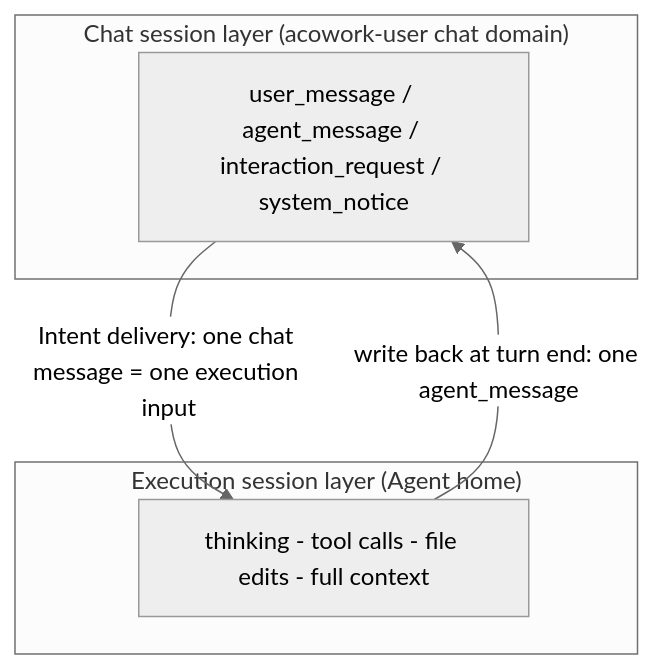
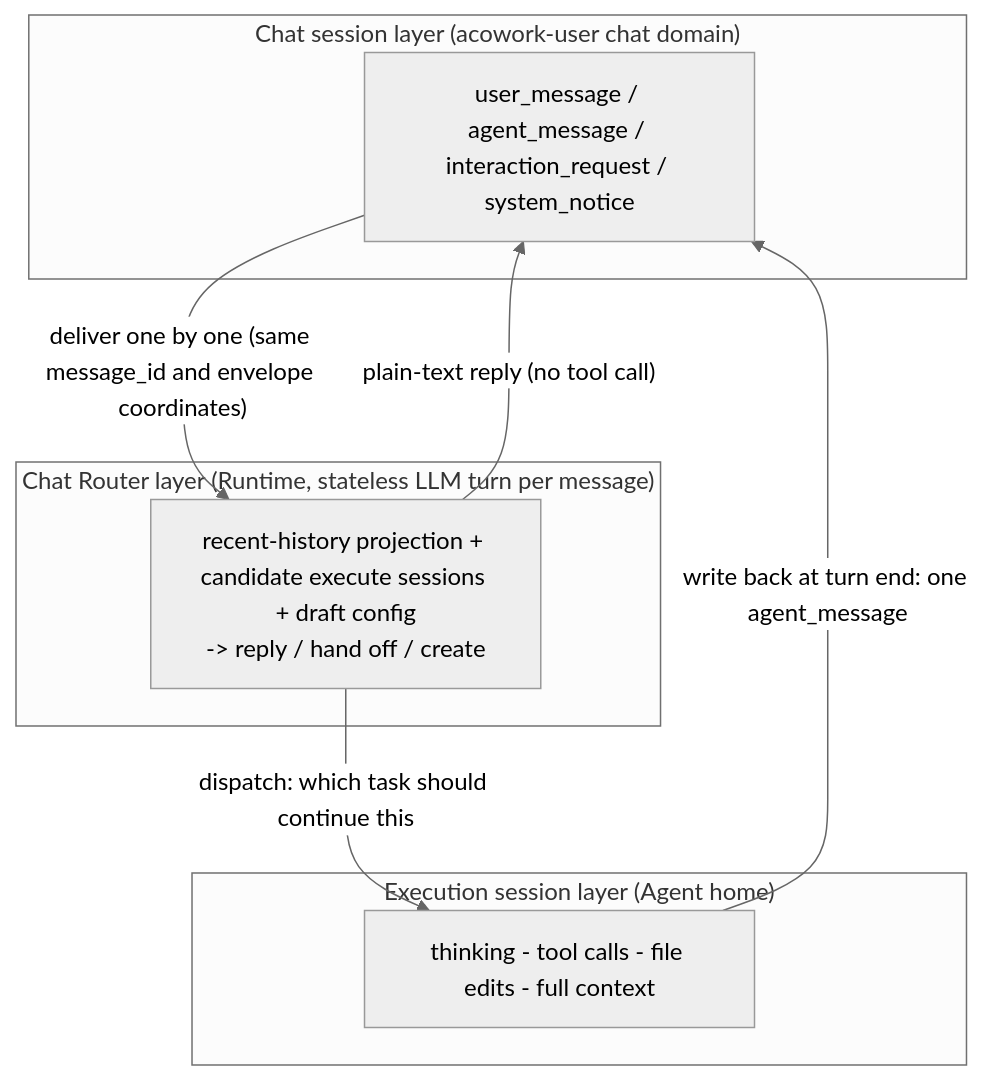
Before and after one commit to acowork/acowork: the fourth of 10 diagrams in docs/design/en/27-intent-messaging-and-group-chat.md, drawn with Mermaid (neutral theme). The commit also changed other lines of this file and 3 other files, not shown here.

Commit message:
docs(design): add chat session context orchestration design and freeze the router contract in design 27 (ADR-099)

````diff
--- a/docs/design/en/27-intent-messaging-and-group-chat.md
+++ b/docs/design/en/27-intent-messaging-and-group-chat.md
@@ -79,11 +81,16 @@
 ```mermaid
 graph TB
     subgraph CHAT["Chat session layer (acowork-user chat domain)"]
         A["user_message / agent_message / interaction_request / system_notice"]
     end
+    subgraph ROUTER["Chat Router layer (Runtime, stateless LLM turn per message)"]
+        R["recent-history projection + candidate execute sessions + draft config<br/>-> reply / hand off / create"]
+    end
     subgraph EXEC["Execution session layer (Agent home)"]
         B["thinking - tool calls - file edits - full context"]
     end
-    A -->|"Intent delivery: one chat message = one execution input"| B
+    A -->|"deliver one by one (same message_id and envelope coordinates)"| R
+    R -->|"dispatch: which task should continue this"| B
+    R -->|"plain-text reply (no tool call)"| A
     B -->|"write back at turn end: one agent_message"| A
 ```
````
